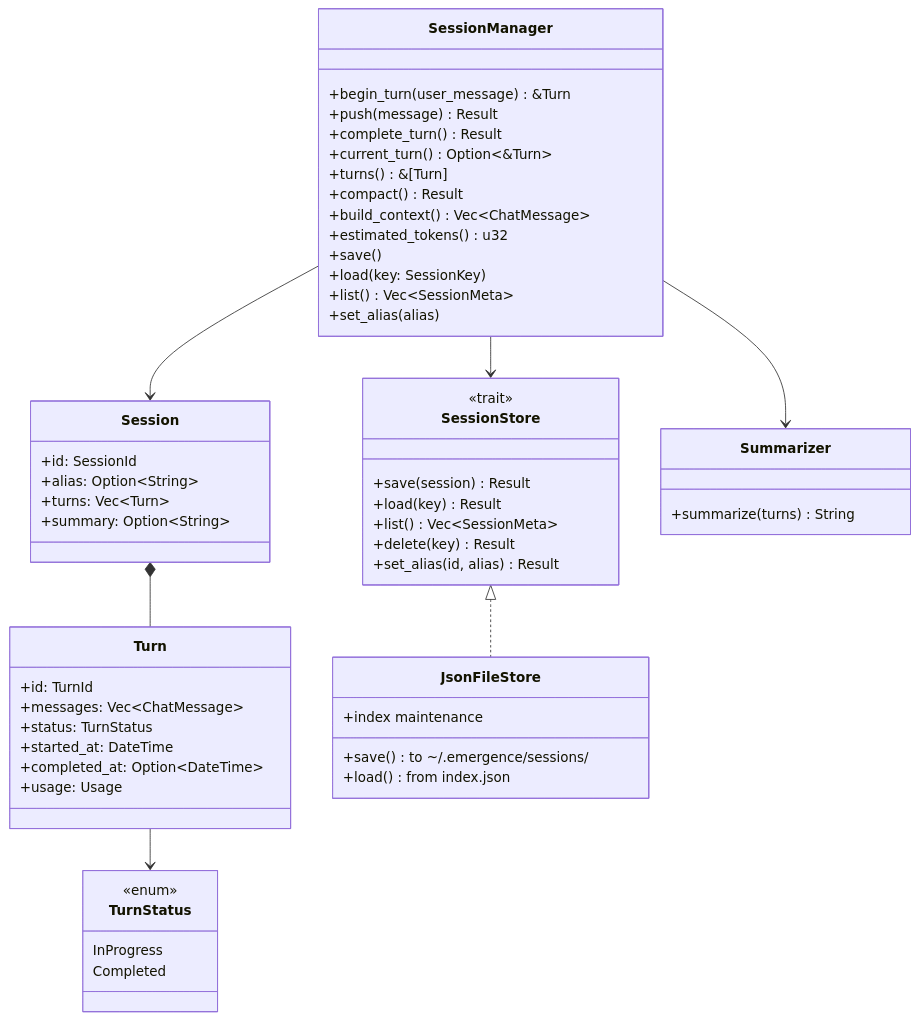
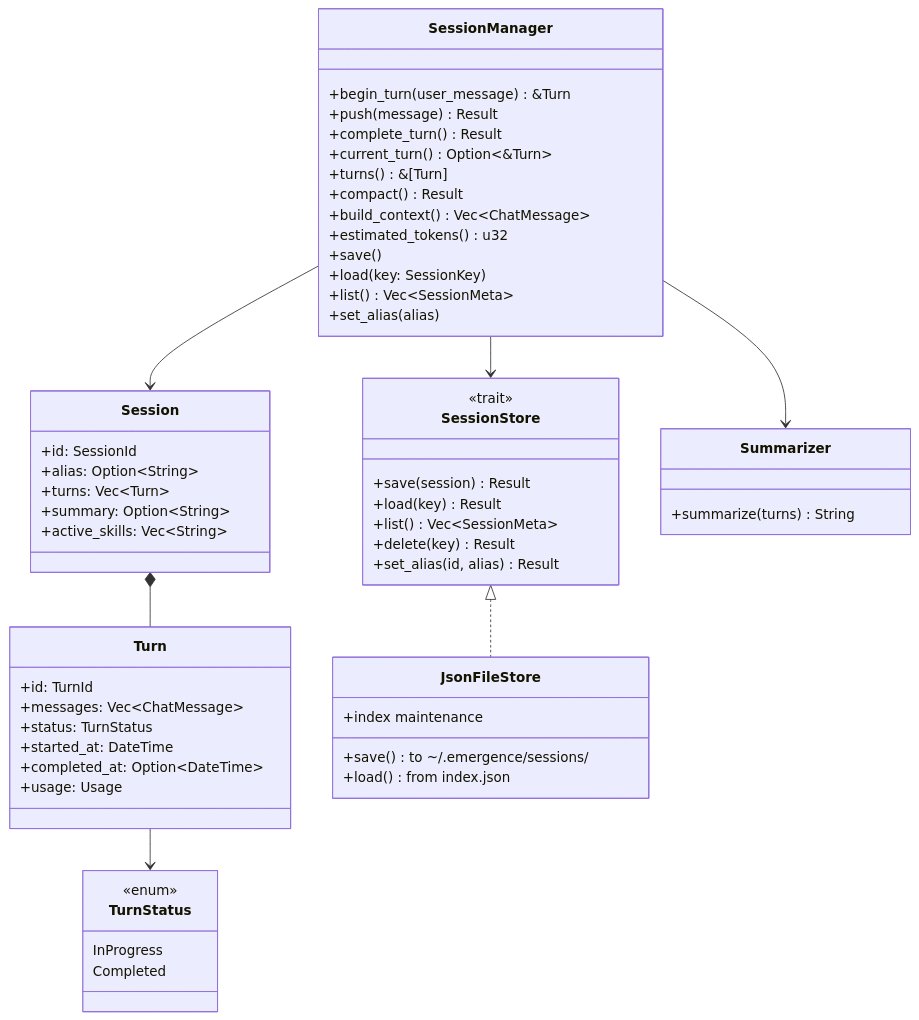
Before and after one commit to CheneyYin/emergence: diagram 11 of 23 in docs/superpowers/specs/2026-05-04-emergence-design.md, drawn with Mermaid. The commit also changed other lines of this file, not shown here.

Commit message:
fix: self-review pass 2 — fix TuiHandle, Action names, settings.json, SessionManager methods, Session class diagram

````diff
--- a/docs/superpowers/specs/2026-05-04-emergence-design.md
+++ b/docs/superpowers/specs/2026-05-04-emergence-design.md
@@ -726,65 +726,66 @@
 ```mermaid
 classDiagram
     class Session {
         +id: SessionId
         +alias: Option~String~
         +turns: Vec~Turn~
         +summary: Option~String~
+        +active_skills: Vec~String~
     }
 
     class Turn {
         +id: TurnId
         +messages: Vec~ChatMessage~
         +status: TurnStatus
         +started_at: DateTime
         +completed_at: Option~DateTime~
         +usage: Usage
     }
 
     class TurnStatus {
         <<enum>>
         InProgress
         Completed
     }
 
     class SessionManager {
         +begin_turn(user_message) &Turn
         +push(message) Result
         +complete_turn() Result
         +current_turn() Option~&Turn~
         +turns() &[Turn]
         +compact() Result
         +build_context() Vec~ChatMessage~
         +estimated_tokens() u32
         +save()
         +load(key: SessionKey)
         +list() Vec~SessionMeta~
         +set_alias(alias)
     }
 
     class SessionStore {
         <<trait>>
         +save(session) Result
         +load(key) Result
         +list() Vec~SessionMeta~
         +delete(key) Result
         +set_alias(id, alias) Result
     }
 
     class JsonFileStore {
         +save() to ~/.emergence/sessions/
         +load() from index.json
         +index maintenance
     }
 
     class Summarizer {
         +summarize(turns) String
     }
 
     Session *-- Turn
     Turn --> TurnStatus
     SessionManager --> Session
     SessionManager --> SessionStore
     SessionStore <|.. JsonFileStore
     SessionManager --> Summarizer
 ```
````
